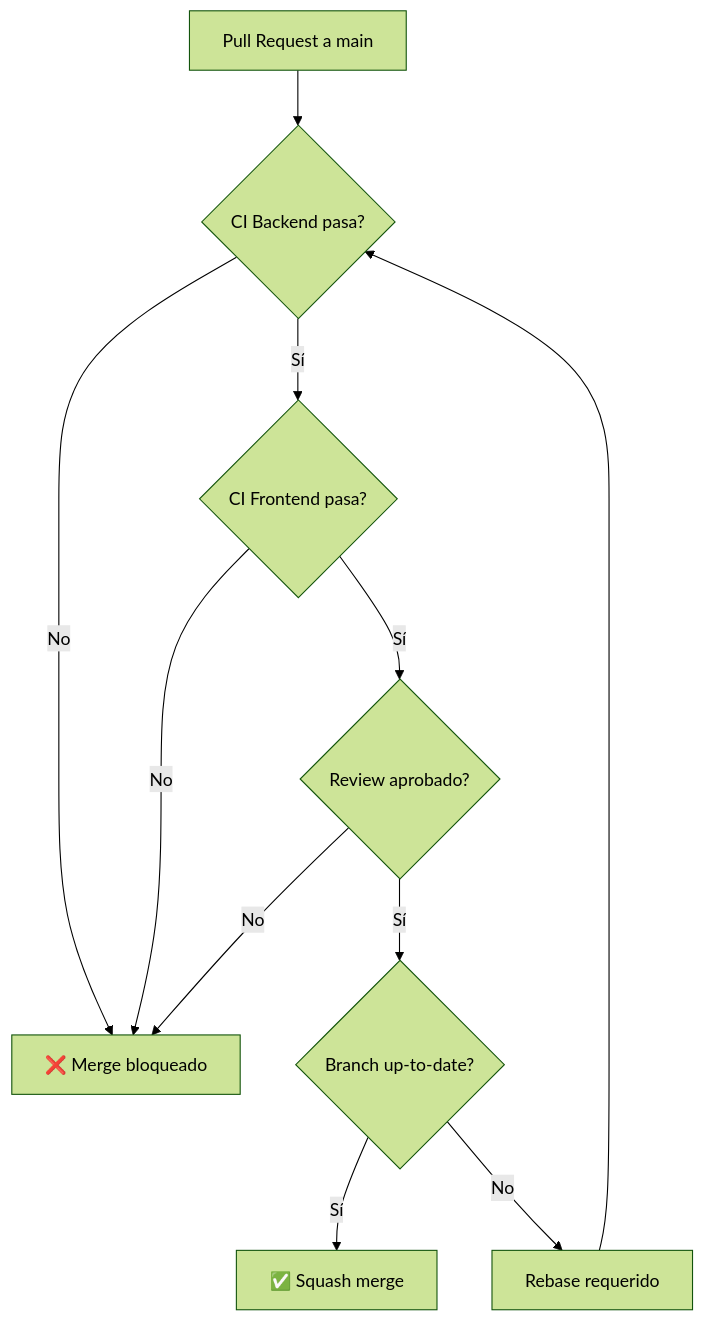
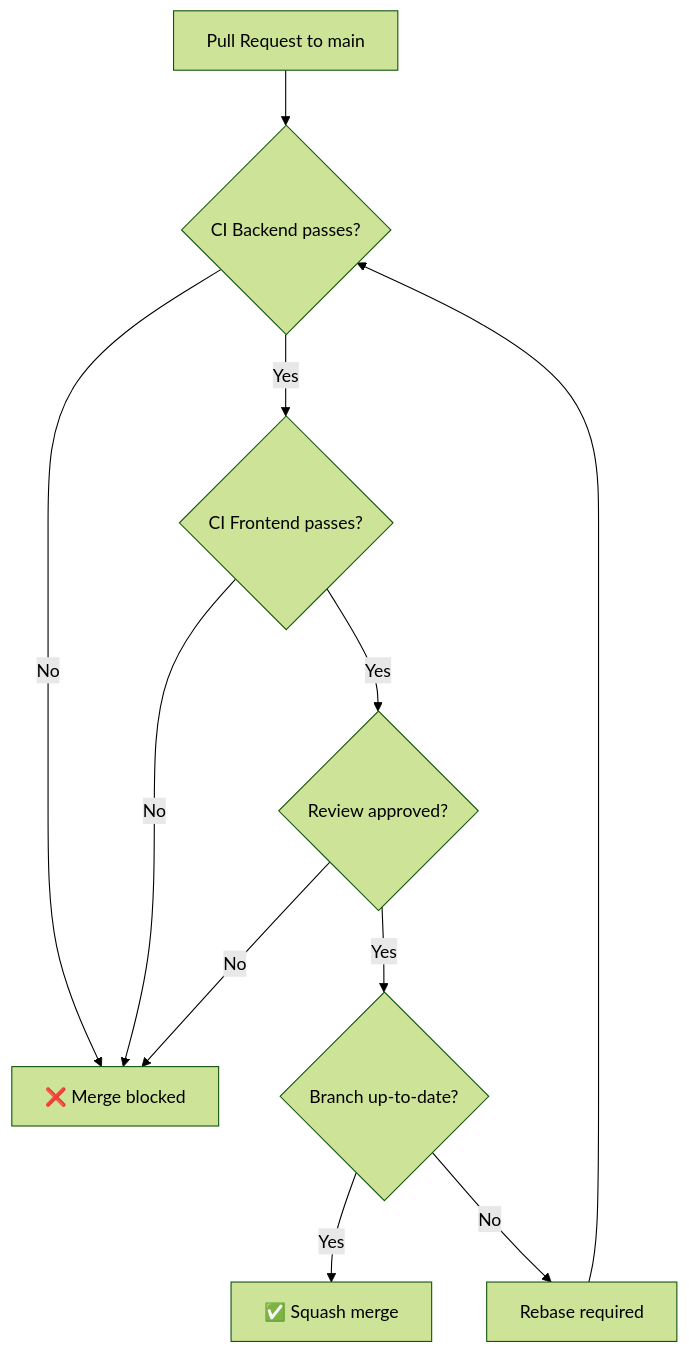
Before and after one commit to pablonux/legal-ai-ar: the diagram in docs/roadmap/F00 - Development Environment and Structure/F00 - W04 - GitHub Actions CI Configuration.md, drawn with Mermaid (forest theme). The commit also changed other lines of this file and 8 other files, not shown here.

````diff
--- a/docs/roadmap/F00 - Development Environment and Structure/F00 - W04 - GitHub Actions CI Configuration.md
+++ b/docs/roadmap/F00 - Development Environment and Structure/F00 - W04 - GitHub Actions CI Configuration.md
@@ -167,13 +167,13 @@
 ```mermaid
 graph TD
-    PR[Pull Request a main] --> CHECK1{CI Backend pasa?}
-    CHECK1 -->|Sí| CHECK2{CI Frontend pasa?}
-    CHECK1 -->|No| BLOCK[❌ Merge bloqueado]
-    CHECK2 -->|Sí| CHECK3{Review aprobado?}
+    PR[Pull Request to main] --> CHECK1{CI Backend passes?}
+    CHECK1 -->|Yes| CHECK2{CI Frontend passes?}
+    CHECK1 -->|No| BLOCK[❌ Merge blocked]
+    CHECK2 -->|Yes| CHECK3{Review approved?}
     CHECK2 -->|No| BLOCK
-    CHECK3 -->|Sí| CHECK4{Branch up-to-date?}
+    CHECK3 -->|Yes| CHECK4{Branch up-to-date?}
     CHECK3 -->|No| BLOCK
-    CHECK4 -->|Sí| MERGE[✅ Squash merge]
-    CHECK4 -->|No| REBASE[Rebase requerido]
+    CHECK4 -->|Yes| MERGE[✅ Squash merge]
+    CHECK4 -->|No| REBASE[Rebase required]
     REBASE --> CHECK1
 ```
````
